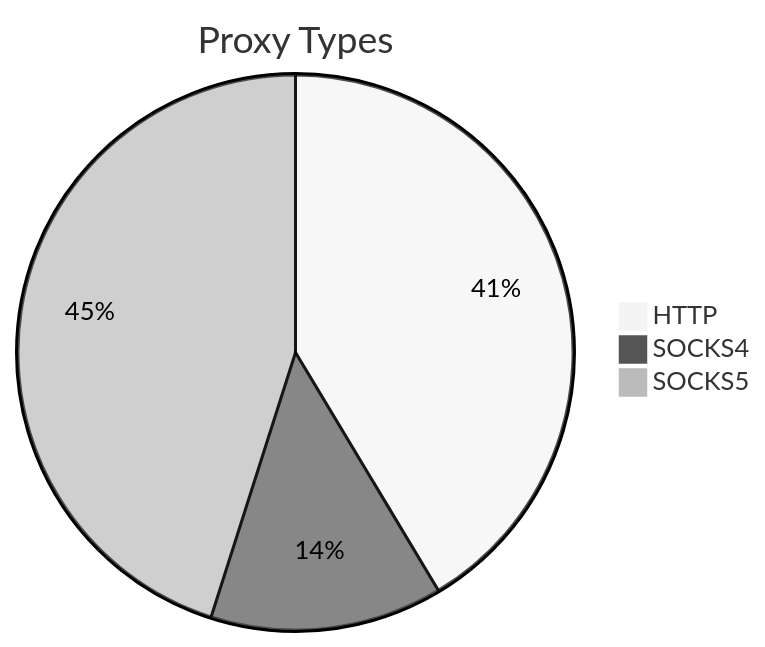
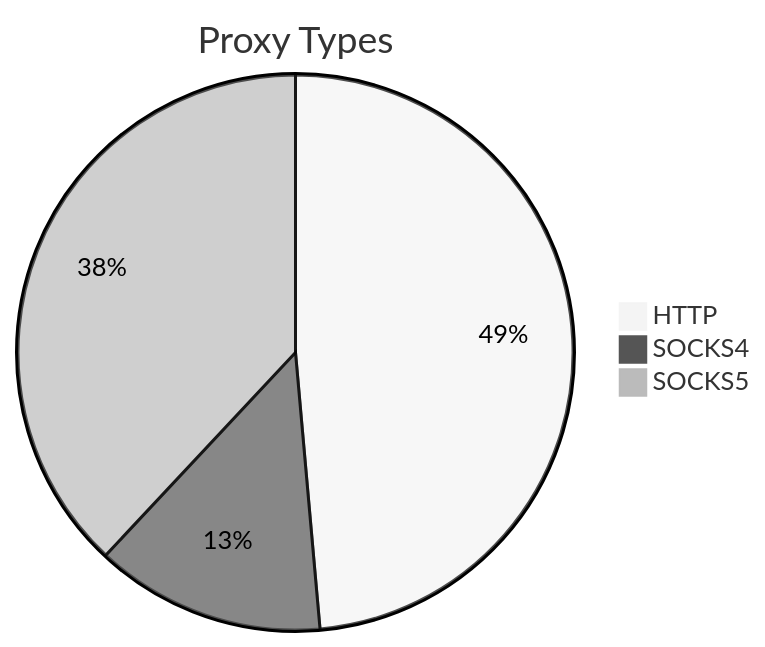
One commit to stormsia/proxy-list changed the first of 2 diagrams in README.md. Above: the diagram before and after it, drawn with Mermaid (neutral theme). The commit also changed other lines of this file, not shown here.

````diff
--- a/README.md
+++ b/README.md
@@ -21,6 +21,6 @@
 ```mermaid
 pie title Proxy Types
-    "HTTP" : 101
-    "SOCKS4" : 33
-    "SOCKS5" : 110
+    "HTTP" : 207
+    "SOCKS4" : 57
+    "SOCKS5" : 162
 ```
````
